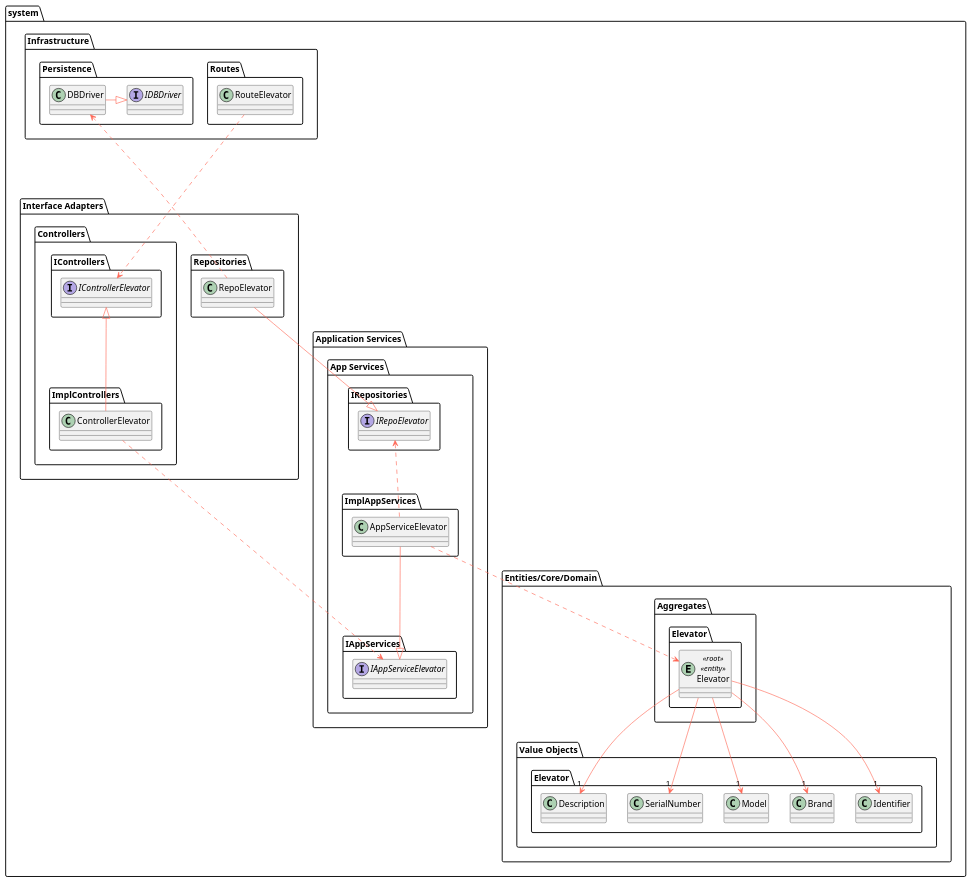
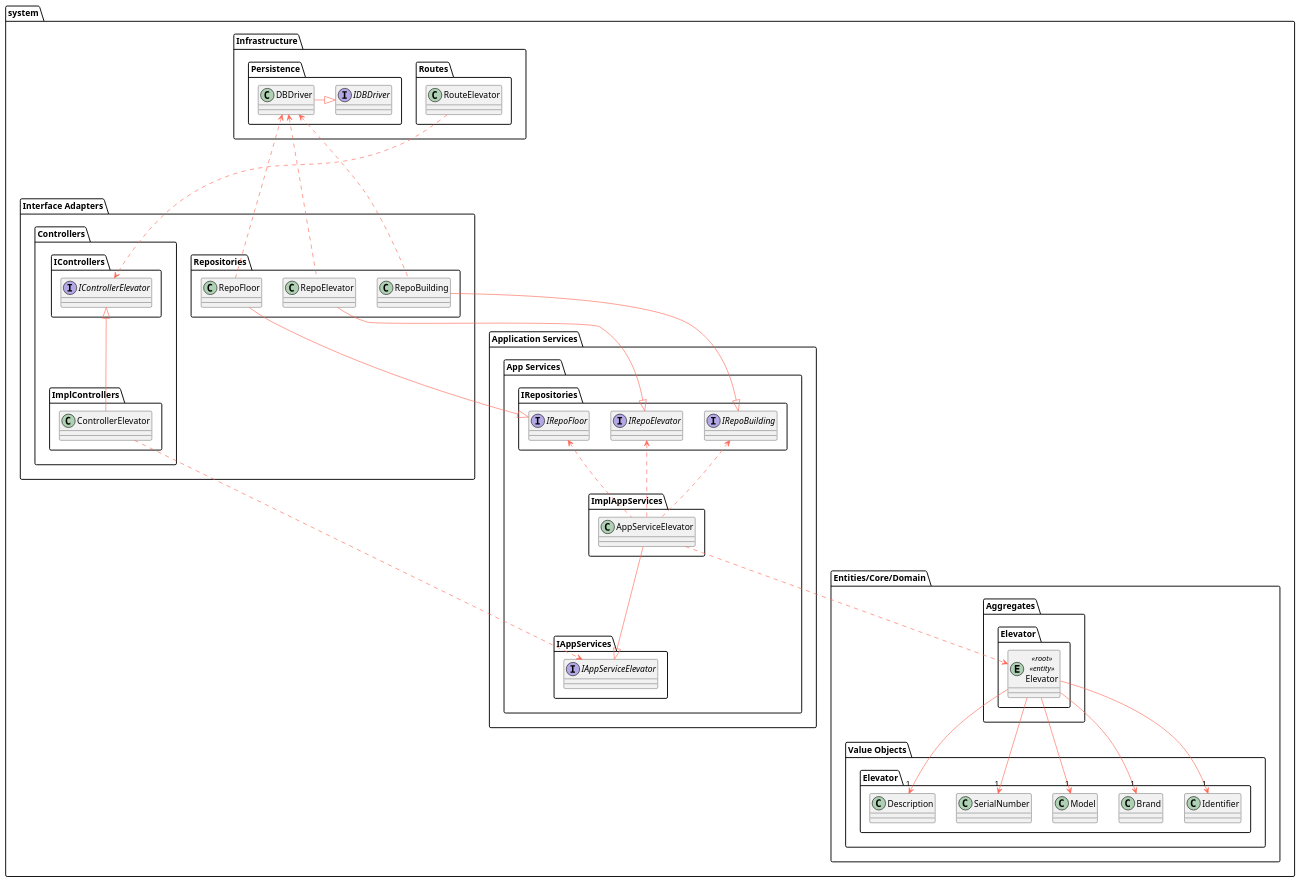
One commit to Departamento-de-Engenharia-Informatica/lapr5-23-24-g19 changed the diagram in docs/us280/level3/class-diagram.puml. Above: the diagram before and after it, drawn with PlantUML. The commit also changed 36 other files, not shown here.

```diff
--- a/docs/us280/level3/class-diagram.puml
+++ b/docs/us280/level3/class-diagram.puml
@@ -1,116 +1,120 @@
 @startuml
 
 skinparam component {
     FontSize 16
     BackgroundColor<<Apache>> LightCoral
     BorderColor<<Apache>> #FF6655
     FontName Courier
     BorderColor black
     BackgroundColor DeepSkyBlue
     ArrowFontName Impact
     ArrowColor #FF6655
 }
 
 package system {
     package "Infrastructure" {
         package "Routes" {
             class RouteElevator
         }
 
         package "Persistence" {
             interface IDBDriver
             class DBDriver
         }
 
         DBDriver -right-|> IDBDriver
     }
 
     package "Interface Adapters" {
         package "Controllers" {
             package "IControllers" {
                 interface IControllerElevator
             }
 
             package "ImplControllers" {
                 class ControllerElevator
             }
             ControllerElevator -up-|> IControllerElevator
         }
 
         package "Repositories" {
-
+            class RepoBuilding
+            class RepoFloor
             class RepoElevator
         }
 
-
+        RepoBuilding .up.> DBDriver
+        RepoFloor .up.> DBDriver
         RepoElevator .up.> DBDriver
 
         RouteElevator ....> IControllerElevator
     }
 
     package "Application Services" {
         package "App Services" {
             package "IAppServices" {
                 interface IAppServiceElevator
             }
 
             package "ImplAppServices" {
                 class AppServiceElevator
             }
 
             AppServiceElevator --|> IAppServiceElevator
 
             package "IRepositories" {
-
+                interface IRepoBuilding
+                interface IRepoFloor
                 interface IRepoElevator
             }
 
-
+            RepoBuilding --|> IRepoBuilding
+            RepoFloor --|> IRepoFloor
             RepoElevator --|> IRepoElevator
         }
 
         ControllerElevator ..> IAppServiceElevator
 
-
+        AppServiceElevator .up.> IRepoBuilding
+        AppServiceElevator .up.> IRepoFloor
         AppServiceElevator .up.> IRepoElevator
     }
 
     package "Entities/Core/Domain" {
         package "Aggregates" {
 
             package "Elevator" as a_elevator {
                 entity Elevator <<root>> <<entity>>
             }
-
 
         }
 
         package "Value Objects" {
             package "Elevator" as vo_elevator {
                 class Identifier
                 class Brand
                 class Model
                 class SerialNumber
                 class Description
 
             }
         }
 
 
         Elevator --> "1" Identifier
         Elevator --> "1" Brand
         Elevator --> "1" Model
         Elevator --> "1" SerialNumber
         Elevator --> "1" Description
 
 
 
 
         AppServiceElevator ..> Elevator
 
         'package "Services" {
         '}
     }
 }
 
 @enduml
```
